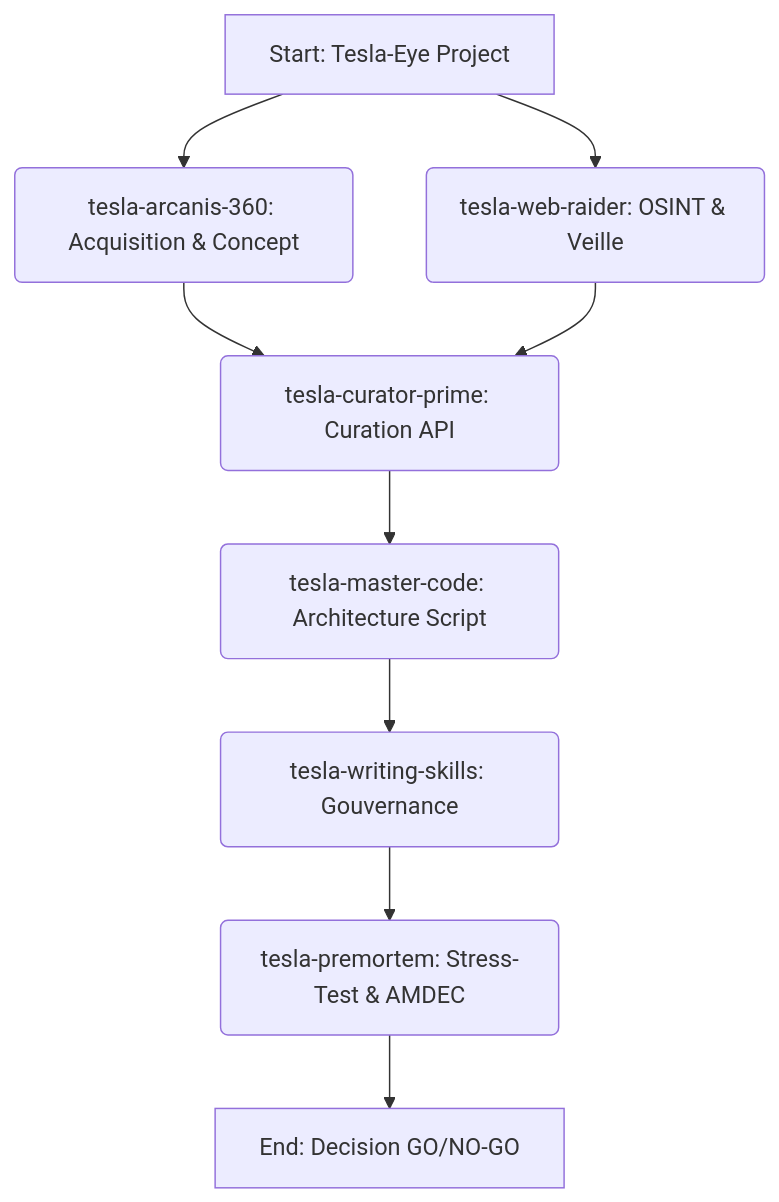
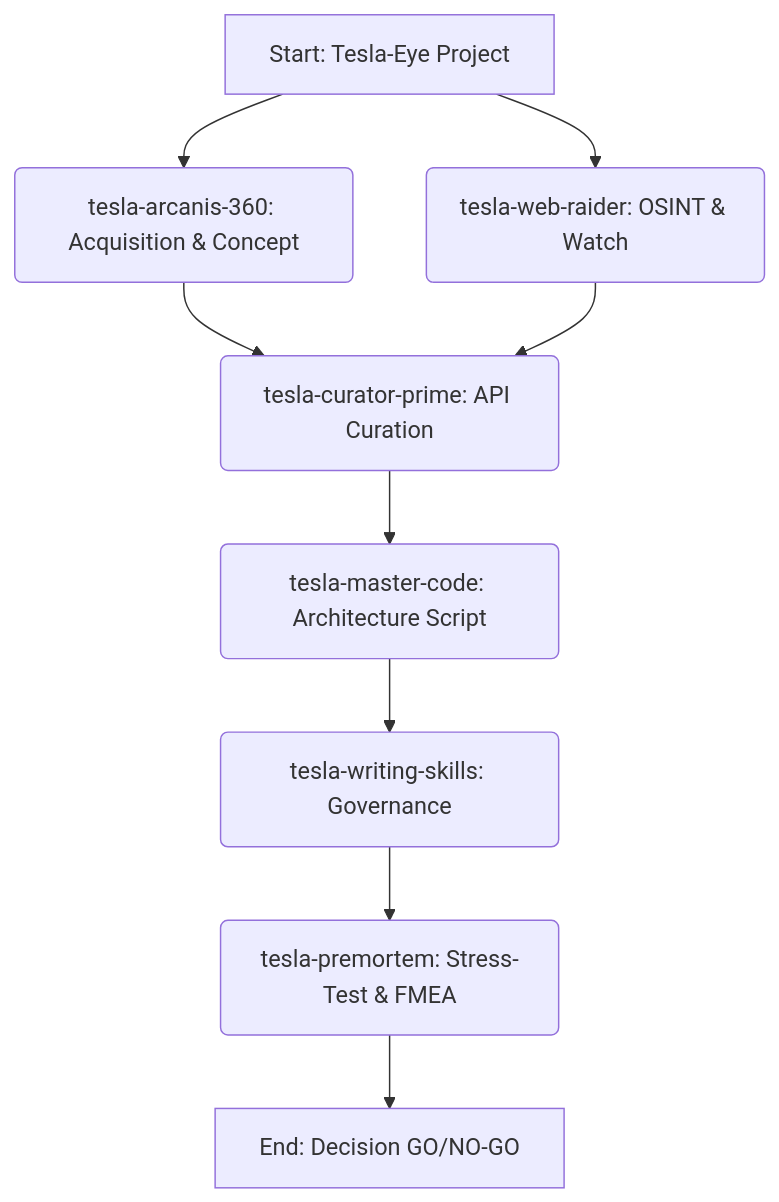
Before and after one commit to lordmahonheim-bot/Tesla-Antigravity-CLI: the diagram in 28-Loop-Engineering/PLAN.md, drawn with Mermaid. The commit also changed other lines of this file and 16 other files, not shown here.

Commit message:
docs(mvp-28): final integration README, architecture diagrams, test scenarios

````diff
--- a/28-Loop-Engineering/PLAN.md
+++ b/28-Loop-Engineering/PLAN.md
@@ -8,11 +10,11 @@
 ```mermaid
 graph TD
     A[Start: Tesla-Eye Project] --> B(tesla-arcanis-360: Acquisition & Concept)
-    A --> C(tesla-web-raider: OSINT & Veille)
-    B --> D(tesla-curator-prime: Curation API)
+    A --> C(tesla-web-raider: OSINT & Watch)
+    B --> D(tesla-curator-prime: API Curation)
     C --> D
     D --> E(tesla-master-code: Architecture Script)
-    E --> F(tesla-writing-skills: Gouvernance)
-    F --> G(tesla-premortem: Stress-Test & AMDEC)
+    E --> F(tesla-writing-skills: Governance)
+    F --> G(tesla-premortem: Stress-Test & FMEA)
     G --> H[End: Decision GO/NO-GO]
 ```
````
